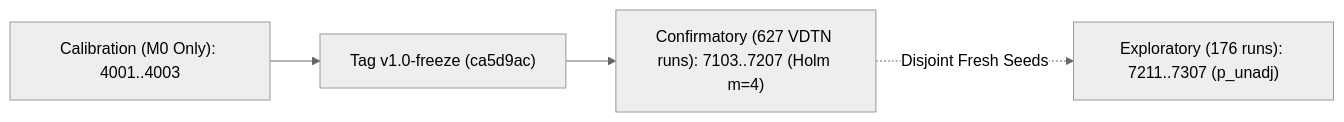
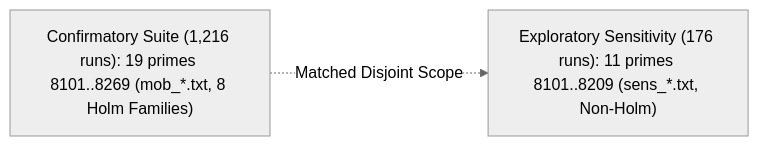
One commit to nafisshahriar/ADTNM changed the diagram in docs/study-guide/figures/mmd/fig14_seed_governance.mmd. Above: the diagram before and after it, drawn with Mermaid (neutral theme). The commit also changed 186 other files, not shown here.

```diff
--- a/docs/study-guide/figures/mmd/fig14_seed_governance.mmd
+++ b/docs/study-guide/figures/mmd/fig14_seed_governance.mmd
@@ -1,4 +1,2 @@
 flowchart LR
-  CAL["Calibration (M0 Only): 4001..4003"] --> FREEZE["Tag v1.0-freeze (ca5d9ac)"]
-  FREEZE --> CONF["Confirmatory (627 VDTN runs): 7103..7207 (Holm m=4)"]
-  CONF -. Disjoint Fresh Seeds .-> EXP["Exploratory (176 runs): 7211..7307 (p_unadj)"]
+  CONF["Confirmatory Suite (1,216 runs): 19 primes 8101..8269 (mob_*.txt, 8 Holm Families)"] -. Matched Disjoint Scope .-> EXP["Exploratory Sensitivity (176 runs): 11 primes 8101..8209 (sens_*.txt, Non-Holm)"]
```
